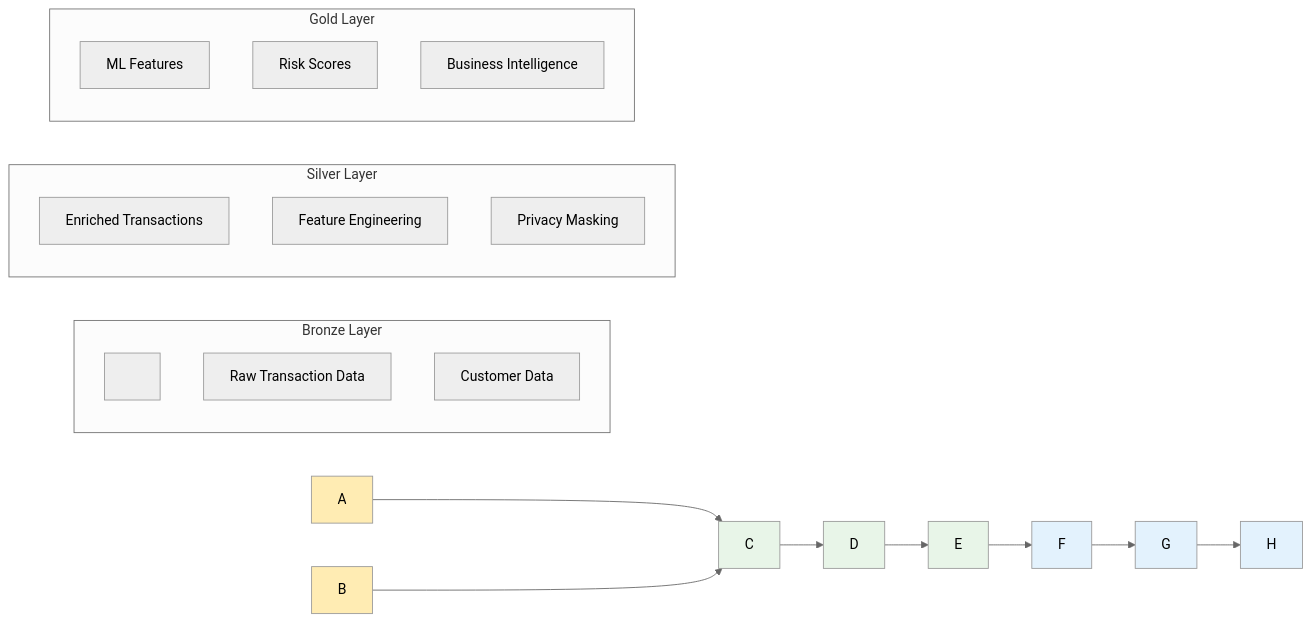
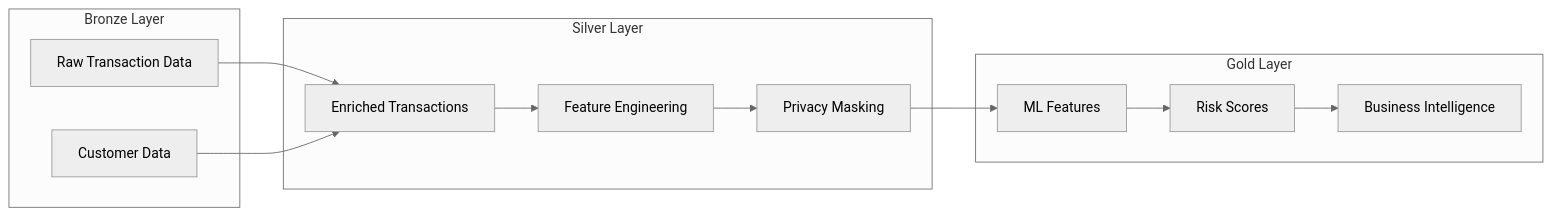
One commit to anjaliingle111/fraud-detection-platform changed the second of 4 diagrams in README.md. Above: the diagram before and after it, drawn with Mermaid (neutral theme). The commit also changed other lines of this file, not shown here.

Commit message:
🔧 Fixed Mermaid diagram rendering and HTML entity issues

````diff
--- a/README.md
+++ b/README.md
@@ -115,71 +58,27 @@
 ```mermaid
-
 graph LR
-
-&nbsp;   subgraph "Bronze Layer"
-
-&nbsp;       A\[Raw Transaction Data]
-
-&nbsp;       B\[Customer Data]
-
-&nbsp;   end
-
-&nbsp;   
-
-&nbsp;   subgraph "Silver Layer"
-
-&nbsp;       C\[Enriched Transactions]
-
-&nbsp;       D\[Feature Engineering]
-
-&nbsp;       E\[Privacy Masking]
-
-&nbsp;   end
-
-&nbsp;   
-
-&nbsp;   subgraph "Gold Layer"
-
-&nbsp;       F\[ML Features]
-
-&nbsp;       G\[Risk Scores]
-
-&nbsp;       H\[Business Intelligence]
-
-&nbsp;   end
-
-&nbsp;   
-
-&nbsp;   A --> C
-
-&nbsp;   B --> C
-
-&nbsp;   C --> D
-
-&nbsp;   D --> E
-
-&nbsp;   E --> F
-
-&nbsp;   F --> G
-
-&nbsp;   G --> H
-
-&nbsp;   
-
-&nbsp;   style A fill:#ffecb3
-
-&nbsp;   style B fill:#ffecb3
-
-&nbsp;   style C fill:#e8f5e8
-
-&nbsp;   style D fill:#e8f5e8
-
-&nbsp;   style E fill:#e8f5e8
-
-&nbsp;   style F fill:#e3f2fd
-
-&nbsp;   style G fill:#e3f2fd
-
-&nbsp;   style H fill:#e3f2fd
-
+    subgraph "Bronze Layer"
+        A[Raw Transaction Data]
+        B[Customer Data]
+    end
+    
+    subgraph "Silver Layer"
+        C[Enriched Transactions]
+        D[Feature Engineering]
+        E[Privacy Masking]
+    end
+    
+    subgraph "Gold Layer"
+        F[ML Features]
+        G[Risk Scores]
+        H[Business Intelligence]
+    end
+    
+    A --> C
+    B --> C
+    C --> D
+    D --> E
+    E --> F
+    F --> G
+    G --> H
 ```
````
